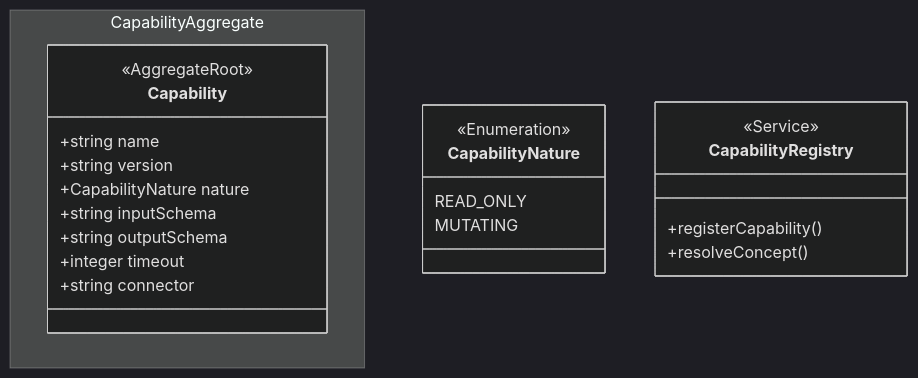
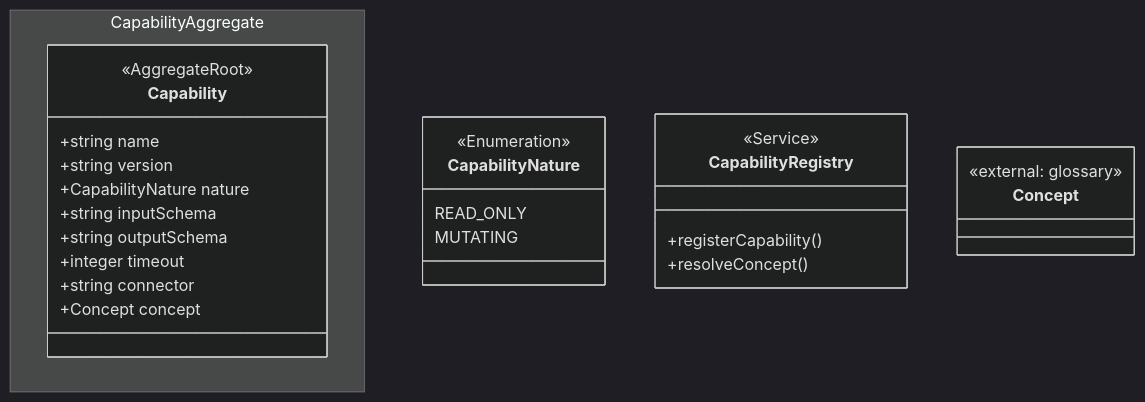
One commit to zig999/servicedesk changed the diagram in knowledge/projections/class-diagram-integration.mmd. Above: the diagram before and after it, drawn with Mermaid (dark theme). The commit also changed 3 other files, not shown here.

```diff
--- a/knowledge/projections/class-diagram-integration.mmd
+++ b/knowledge/projections/class-diagram-integration.mmd
@@ -1,23 +1,27 @@
 classDiagram
     namespace CapabilityAggregate {
         class Capability {
             <<AggregateRoot>>
             +string name
             +string version
             +CapabilityNature nature
             +string inputSchema
             +string outputSchema
             +integer timeout
             +string connector
+            +Concept concept
         }
     }
     class CapabilityNature {
         <<Enumeration>>
         READ_ONLY
         MUTATING
     }
     class CapabilityRegistry {
         <<Service>>
         +registerCapability()
         +resolveConcept()
     }
+    class Concept {
+        <<external: glossary>>
+    }
```
